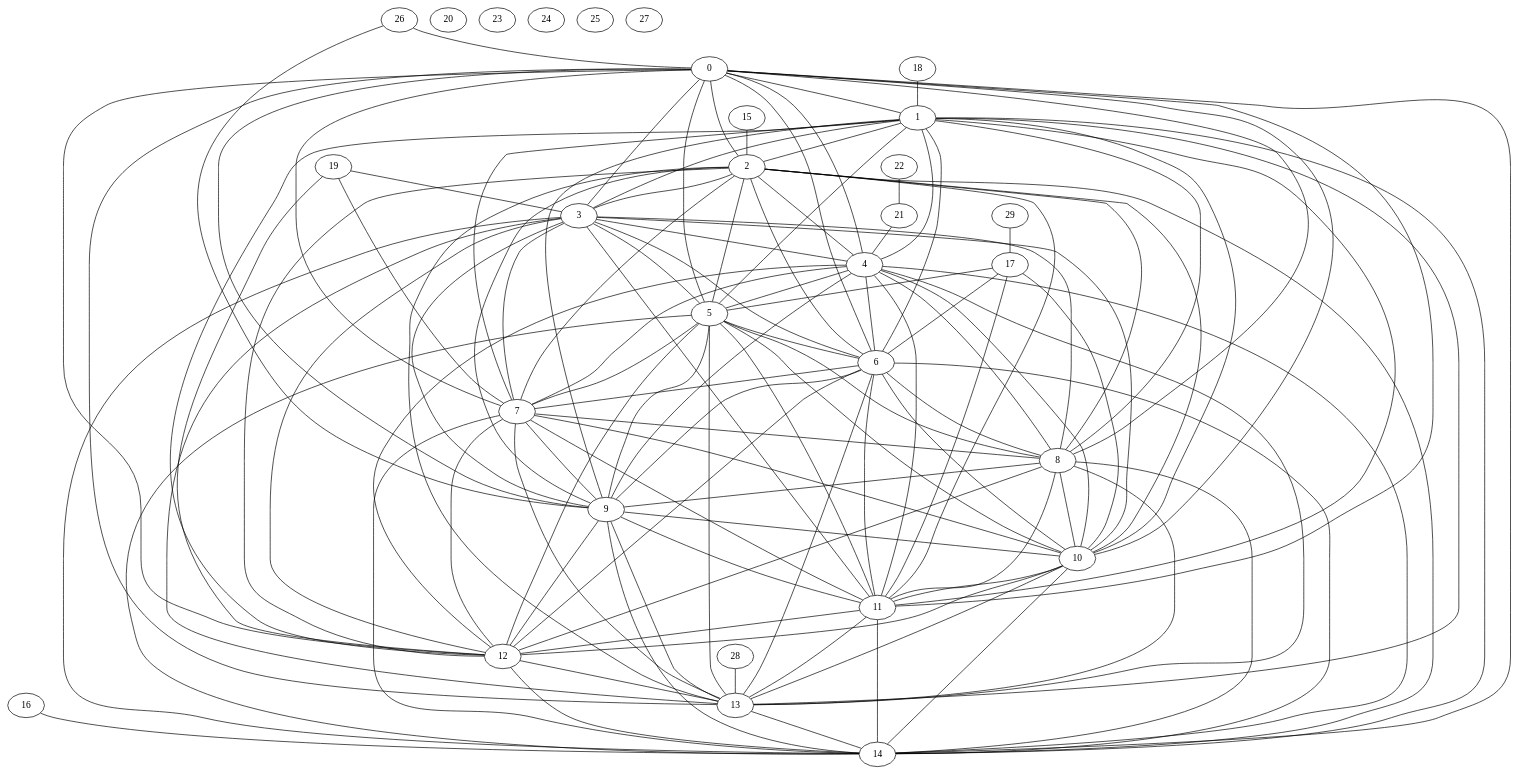
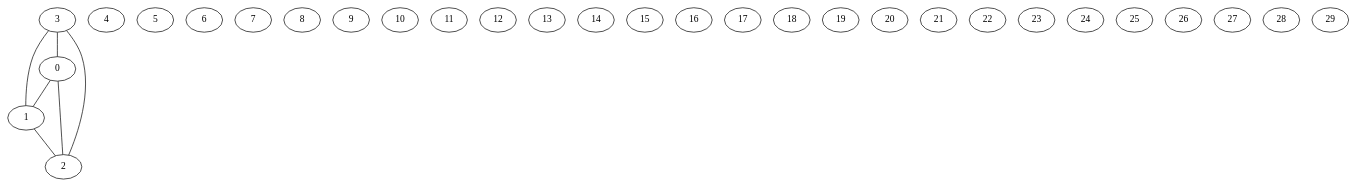
Before and after one commit to HugoBec/graph: the diagram in gv/Barabasi_30.gv, drawn with Graphviz. The commit also changed 87 other files, not shown here.

```diff
--- a/gv/Barabasi_30.gv
+++ b/gv/Barabasi_30.gv
@@ -1,153 +1,38 @@
 graph {
 	0 [label=0]
 	1 [label=1]
 	2 [label=2]
 	3 [label=3]
 	4 [label=4]
 	5 [label=5]
 	6 [label=6]
 	7 [label=7]
 	8 [label=8]
 	9 [label=9]
 	10 [label=10]
 	11 [label=11]
 	12 [label=12]
 	13 [label=13]
 	14 [label=14]
 	15 [label=15]
 	16 [label=16]
 	17 [label=17]
 	18 [label=18]
 	19 [label=19]
 	20 [label=20]
 	21 [label=21]
 	22 [label=22]
 	23 [label=23]
 	24 [label=24]
 	25 [label=25]
 	26 [label=26]
 	27 [label=27]
 	28 [label=28]
 	29 [label=29]
 	0 -- 1
 	0 -- 2
-	0 -- 3
-	0 -- 4
-	0 -- 5
-	0 -- 6
-	0 -- 7
-	0 -- 8
-	0 -- 9
-	0 -- 10
-	0 -- 11
-	0 -- 12
-	0 -- 13
-	0 -- 14
 	1 -- 2
-	1 -- 3
-	1 -- 4
-	1 -- 5
-	1 -- 6
-	1 -- 7
-	1 -- 8
-	1 -- 9
-	1 -- 10
-	1 -- 11
-	1 -- 12
-	1 -- 13
-	1 -- 14
-	2 -- 3
-	2 -- 4
-	2 -- 5
-	2 -- 6
-	2 -- 7
-	2 -- 8
-	2 -- 9
-	2 -- 10
-	2 -- 11
-	2 -- 12
-	2 -- 13
-	2 -- 14
-	3 -- 4
-	3 -- 5
-	3 -- 6
-	3 -- 7
-	3 -- 8
-	3 -- 9
-	3 -- 10
-	3 -- 11
-	3 -- 12
-	3 -- 13
-	3 -- 14
-	4 -- 5
-	4 -- 6
-	4 -- 7
-	4 -- 8
-	4 -- 9
-	4 -- 10
-	4 -- 11
-	4 -- 12
-	4 -- 13
-	4 -- 14
-	5 -- 6
-	5 -- 7
-	5 -- 8
-	5 -- 9
-	5 -- 10
-	5 -- 11
-	5 -- 12
-	5 -- 13
-	5 -- 14
-	6 -- 7
-	6 -- 8
-	6 -- 9
-	6 -- 10
-	6 -- 11
-	6 -- 12
-	6 -- 13
-	6 -- 14
-	7 -- 8
-	7 -- 9
-	7 -- 10
-	7 -- 11
-	7 -- 12
-	7 -- 13
-	7 -- 14
-	8 -- 9
-	8 -- 10
-	8 -- 11
-	8 -- 12
-	8 -- 13
-	8 -- 14
-	9 -- 10
-	9 -- 11
-	9 -- 12
-	9 -- 13
-	9 -- 14
-	10 -- 11
-	10 -- 12
-	10 -- 13
-	10 -- 14
-	11 -- 12
-	11 -- 13
-	11 -- 14
-	12 -- 13
-	12 -- 14
-	13 -- 14
-	15 -- 2
-	16 -- 14
-	17 -- 5
-	17 -- 6
-	17 -- 10
-	17 -- 11
-	18 -- 1
-	19 -- 3
-	19 -- 7
-	19 -- 12
-	21 -- 4
-	22 -- 21
-	26 -- 0
-	26 -- 9
-	28 -- 13
-	29 -- 17
+	3 -- 0
+	3 -- 1
+	3 -- 2
 }
```
